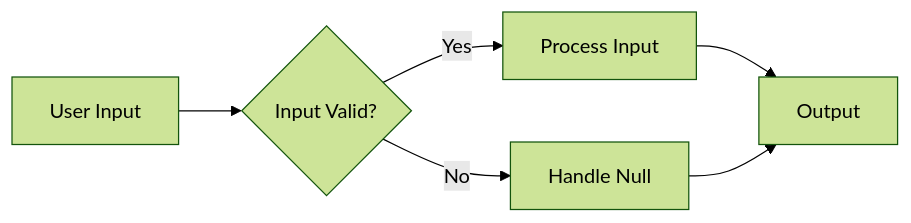
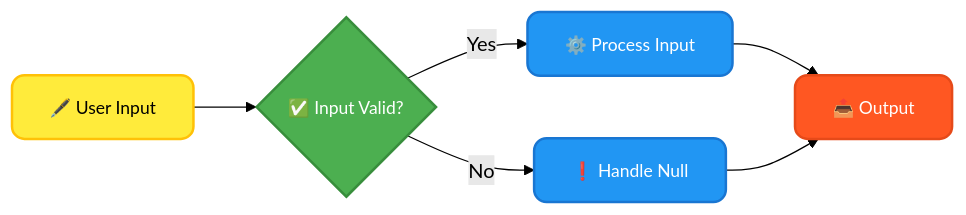
One commit to infoyouth/infoyouth.github.io changed the sixth of 6 diagrams in _posts/2025-01-09-16.-exception-handling-in-java.md. Above: the diagram before and after it, drawn with Mermaid (forest theme). The commit also changed other lines of this file, not shown here.

````diff
--- a/_posts/2025-01-09-16.-exception-handling-in-java.md
+++ b/_posts/2025-01-09-16.-exception-handling-in-java.md
@@ -560,8 +576,20 @@
 ```mermaid
 graph LR
-    A[User Input] --> B{Input Valid?};
-    B -- Yes --> C[Process Input];
-    B -- No --> D[Handle Null];
-    C --> E[Output];
+    classDef inputStyle fill:#FFEB3B,stroke:#FFC107,color:#000000,font-size:14px,stroke-width:2px,rx:10px,shadow:3px;
+    classDef decisionStyle fill:#4CAF50,stroke:#388E3C,color:#FFFFFF,font-size:14px,stroke-width:2px,rx:10px,shadow:3px;
+    classDef processStyle fill:#2196F3,stroke:#1976D2,color:#FFFFFF,font-size:14px,stroke-width:2px,rx:10px,shadow:3px;
+    classDef outputStyle fill:#FF5722,stroke:#E64A19,color:#FFFFFF,font-size:14px,stroke-width:2px,rx:10px,shadow:3px;
+
+    A[🖋️ User Input] --> B{✅ Input Valid?};
+    B -- Yes --> C[⚙️ Process Input];
+    B -- No --> D[❗ Handle Null];
+    C --> E[📤 Output];
     D --> E;
+
+    class A inputStyle;
+    class B decisionStyle;
+    class C processStyle;
+    class D processStyle;
+    class E outputStyle;
+
 ```
````
